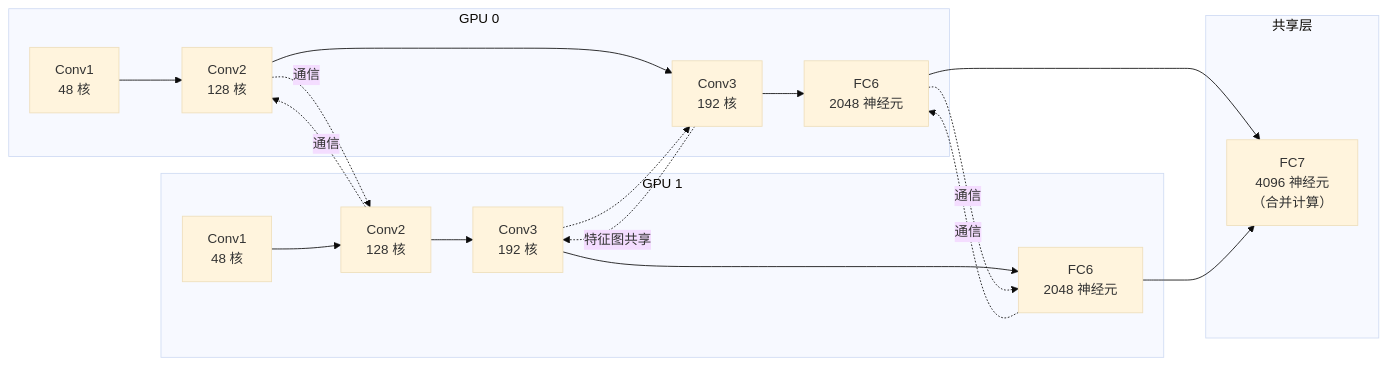
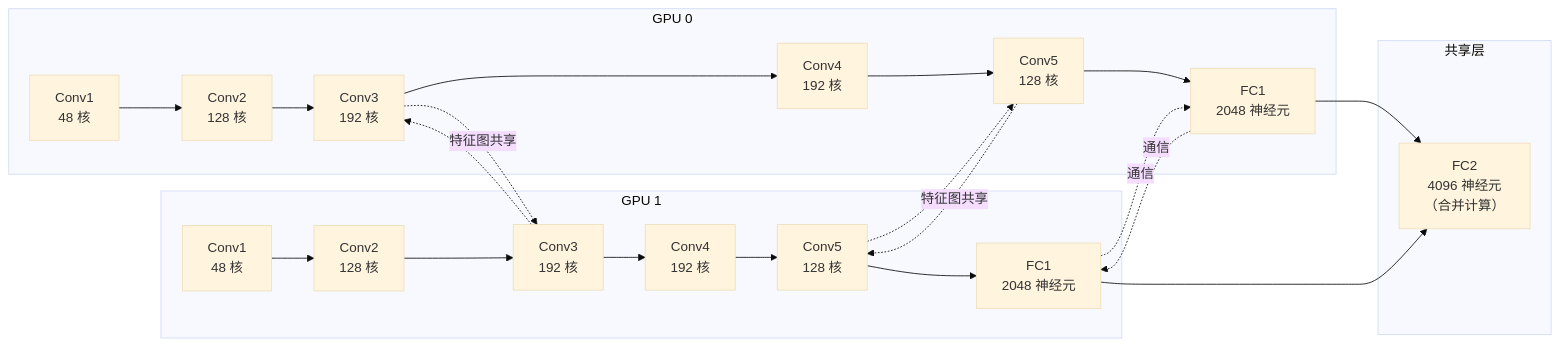
Before and after one commit to fenixsoft/dmla: the diagram in docs/deep-learning/convolutional-neural-network/alexnet.md, drawn with Mermaid (base theme). The commit also changed other lines of this file and 42 other files, not shown here.

````diff
--- a/docs/deep-learning/convolutional-neural-network/alexnet.md
+++ b/docs/deep-learning/convolutional-neural-network/alexnet.md
@@ -129,41 +129,51 @@
 ```mermaid compact
 flowchart LR
     subgraph GPU0["GPU 0"]
         A1["Conv1<br/>48 核"]
         A2["Conv2<br/>128 核"]
         A3["Conv3<br/>192 核"]
-        A4["FC6<br/>2048 神经元"]
+        A4["Conv4<br/>192 核"]
+        A5["Conv5<br/>128 核"]
+        A6["FC1<br/>2048 神经元"]
     end
     
     subgraph GPU1["GPU 1"]
         B1["Conv1<br/>48 核"]
         B2["Conv2<br/>128 核"]
         B3["Conv3<br/>192 核"]
-        B4["FC6<br/>2048 神经元"]
+        B4["Conv4<br/>192 核"]
+        B5["Conv5<br/>128 核"]
+        B6["FC1<br/>2048 神经元"]
     end
     
     subgraph Shared["共享层"]
-        C["FC7<br/>4096 神经元<br/>（合并计算）"]
+        C["FC2<br/>4096 神经元<br/>（合并计算）"]
     end
     
     A1 --> A2
     B1 --> B2
-    
-    A2 -.->|"通信"| B2
-    B2 -.->|"通信"| A2
-    
+
     A2 --> A3
     B2 --> B3
     
     A3 -.->|"特征图共享"| B3
     B3 -.->|" "| A3
     
     A3 --> A4
     B3 --> B4
+
+    A4 --> A5
+    B4 --> B5
+
+    A5 --> A6
+    B5 --> B6
+
+    A5 -.->|"特征图共享"| B5
+    B5 -.->|" "| A5
     
-    A4 -.->|"通信"| B4
-    B4 -.->|"通信"| A4
+    A6 -.->|"通信"| B6
+    B6 -.->|"通信"| A6
     
-    A4 --> C
-    B4 --> C
+    A6 --> C
+    B6 --> C
 ```
````
